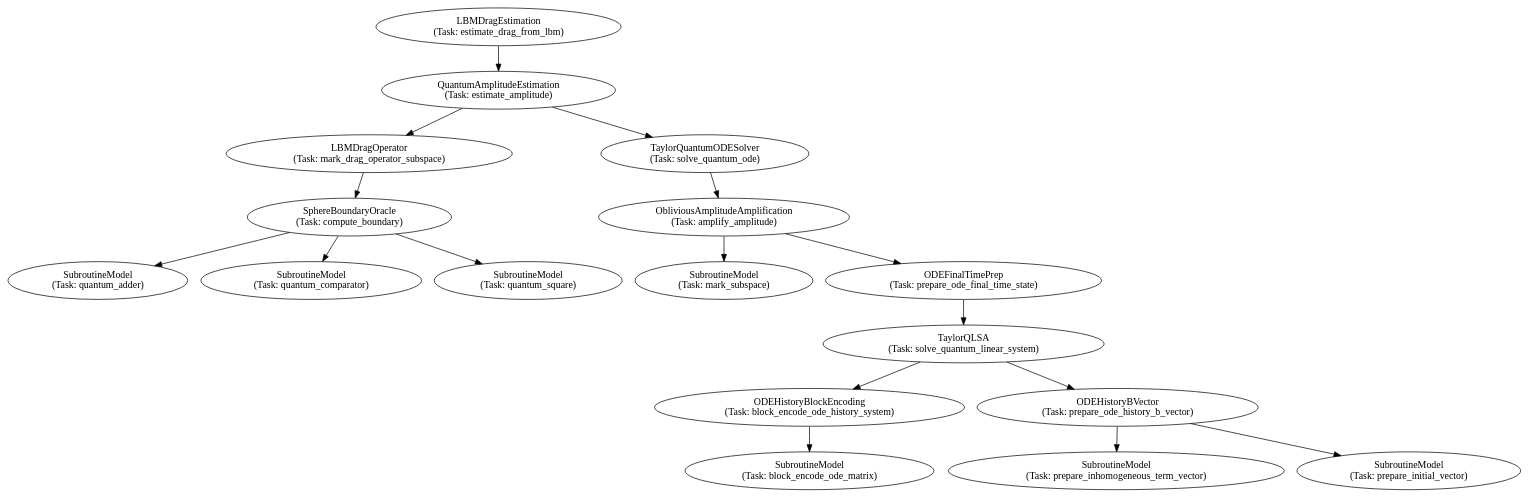
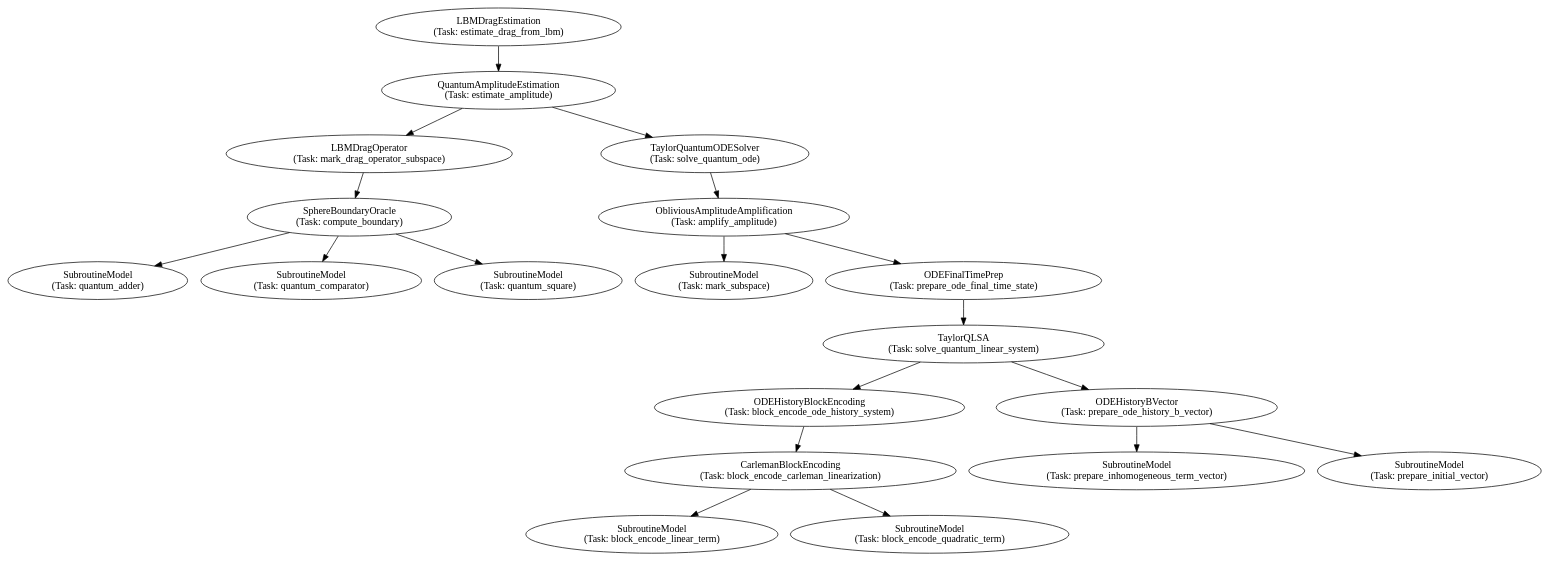
Before and after one commit to zapatacomputing/qsub: the diagram in examples/quantum_algorithms/Digraph.gv, drawn with Graphviz. The commit also changed 11 other files, not shown here.

```diff
--- a/examples/quantum_algorithms/Digraph.gv
+++ b/examples/quantum_algorithms/Digraph.gv
@@ -1,53 +1,59 @@
 // Subroutines Hierarchy
 digraph {
 	LBMDragEstimation_estimate_drag_from_lbm [label="LBMDragEstimation
 (Task: estimate_drag_from_lbm)"]
 	QuantumAmplitudeEstimation_estimate_amplitude [label="QuantumAmplitudeEstimation
 (Task: estimate_amplitude)"]
 	LBMDragEstimation_estimate_drag_from_lbm -> QuantumAmplitudeEstimation_estimate_amplitude
 	LBMDragOperator_mark_drag_operator_subspace [label="LBMDragOperator
 (Task: mark_drag_operator_subspace)"]
 	QuantumAmplitudeEstimation_estimate_amplitude -> LBMDragOperator_mark_drag_operator_subspace
 	SphereBoundaryOracle_compute_boundary [label="SphereBoundaryOracle
 (Task: compute_boundary)"]
 	LBMDragOperator_mark_drag_operator_subspace -> SphereBoundaryOracle_compute_boundary
 	SubroutineModel_quantum_adder [label="SubroutineModel
 (Task: quantum_adder)"]
 	SphereBoundaryOracle_compute_boundary -> SubroutineModel_quantum_adder
 	SubroutineModel_quantum_comparator [label="SubroutineModel
 (Task: quantum_comparator)"]
 	SphereBoundaryOracle_compute_boundary -> SubroutineModel_quantum_comparator
 	SubroutineModel_quantum_square [label="SubroutineModel
 (Task: quantum_square)"]
 	SphereBoundaryOracle_compute_boundary -> SubroutineModel_quantum_square
 	TaylorQuantumODESolver_solve_quantum_ode [label="TaylorQuantumODESolver
 (Task: solve_quantum_ode)"]
 	QuantumAmplitudeEstimation_estimate_amplitude -> TaylorQuantumODESolver_solve_quantum_ode
 	ObliviousAmplitudeAmplification_amplify_amplitude [label="ObliviousAmplitudeAmplification
 (Task: amplify_amplitude)"]
 	TaylorQuantumODESolver_solve_quantum_ode -> ObliviousAmplitudeAmplification_amplify_amplitude
 	SubroutineModel_mark_subspace [label="SubroutineModel
 (Task: mark_subspace)"]
 	ObliviousAmplitudeAmplification_amplify_amplitude -> SubroutineModel_mark_subspace
 	ODEFinalTimePrep_prepare_ode_final_time_state [label="ODEFinalTimePrep
 (Task: prepare_ode_final_time_state)"]
 	ObliviousAmplitudeAmplification_amplify_amplitude -> ODEFinalTimePrep_prepare_ode_final_time_state
 	TaylorQLSA_solve_quantum_linear_system [label="TaylorQLSA
 (Task: solve_quantum_linear_system)"]
 	ODEFinalTimePrep_prepare_ode_final_time_state -> TaylorQLSA_solve_quantum_linear_system
 	ODEHistoryBlockEncoding_block_encode_ode_history_system [label="ODEHistoryBlockEncoding
 (Task: block_encode_ode_history_system)"]
 	TaylorQLSA_solve_quantum_linear_system -> ODEHistoryBlockEncoding_block_encode_ode_history_system
-	SubroutineModel_block_encode_ode_matrix [label="SubroutineModel
-(Task: block_encode_ode_matrix)"]
-	ODEHistoryBlockEncoding_block_encode_ode_history_system -> SubroutineModel_block_encode_ode_matrix
+	CarlemanBlockEncoding_block_encode_carleman_linearization [label="CarlemanBlockEncoding
+(Task: block_encode_carleman_linearization)"]
+	ODEHistoryBlockEncoding_block_encode_ode_history_system -> CarlemanBlockEncoding_block_encode_carleman_linearization
+	SubroutineModel_block_encode_linear_term [label="SubroutineModel
+(Task: block_encode_linear_term)"]
+	CarlemanBlockEncoding_block_encode_carleman_linearization -> SubroutineModel_block_encode_linear_term
+	SubroutineModel_block_encode_quadratic_term [label="SubroutineModel
+(Task: block_encode_quadratic_term)"]
+	CarlemanBlockEncoding_block_encode_carleman_linearization -> SubroutineModel_block_encode_quadratic_term
 	ODEHistoryBVector_prepare_ode_history_b_vector [label="ODEHistoryBVector
 (Task: prepare_ode_history_b_vector)"]
 	TaylorQLSA_solve_quantum_linear_system -> ODEHistoryBVector_prepare_ode_history_b_vector
 	SubroutineModel_prepare_inhomogeneous_term_vector [label="SubroutineModel
 (Task: prepare_inhomogeneous_term_vector)"]
 	ODEHistoryBVector_prepare_ode_history_b_vector -> SubroutineModel_prepare_inhomogeneous_term_vector
 	SubroutineModel_prepare_initial_vector [label="SubroutineModel
 (Task: prepare_initial_vector)"]
 	ODEHistoryBVector_prepare_ode_history_b_vector -> SubroutineModel_prepare_initial_vector
 }
```
